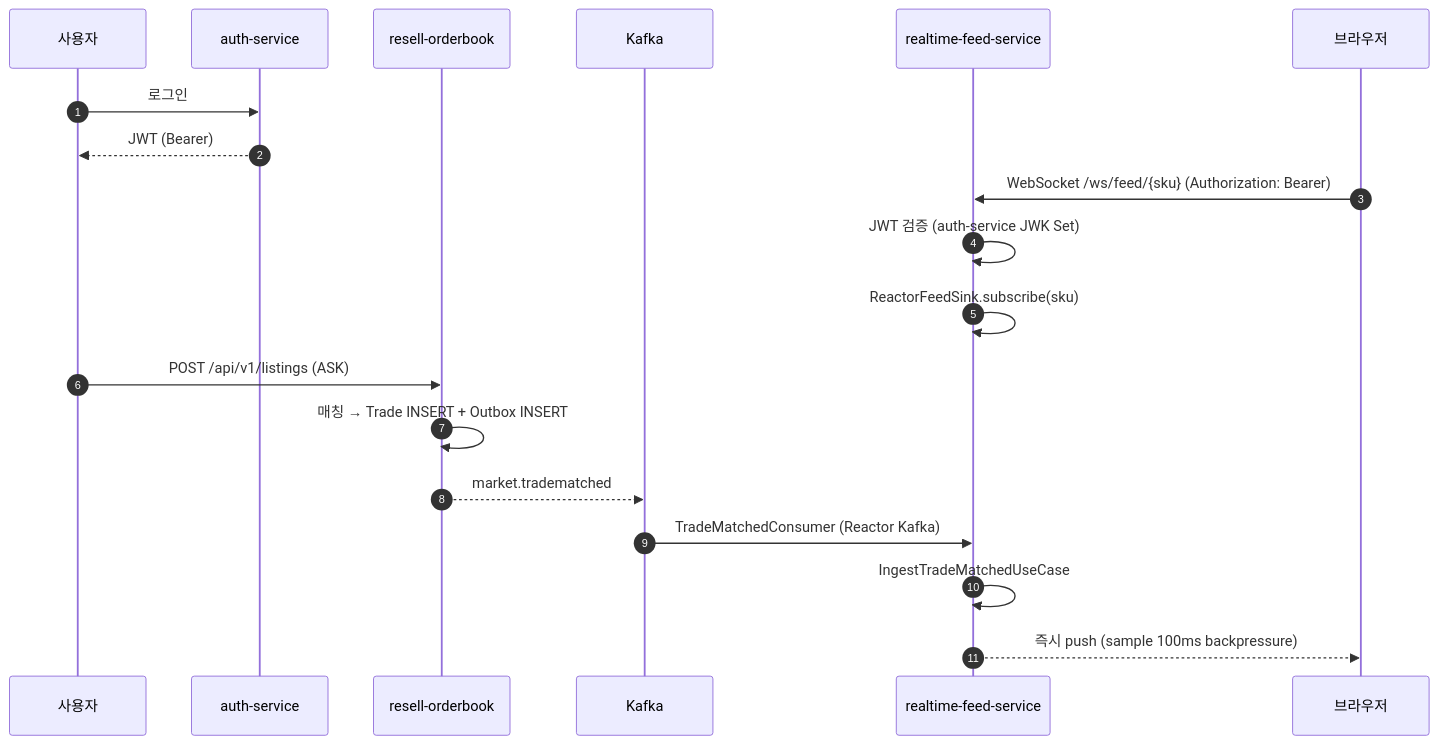
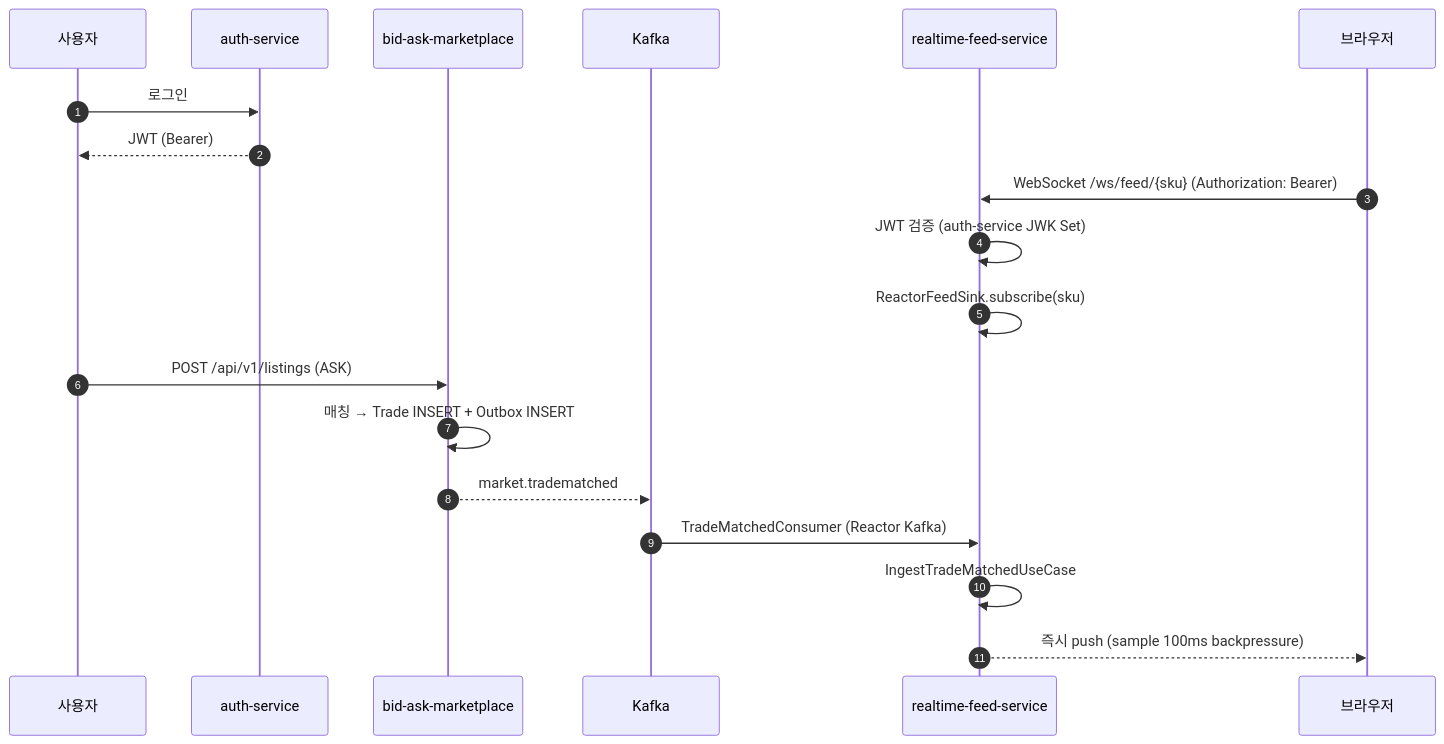
One commit to ssa1004/realtime-feed-service changed the third of 3 diagrams in README.md. Above: the diagram before and after it, drawn with Mermaid. The commit also changed other lines of this file and 3 other files, not shown here.

First line of the commit message:
docs: portfolio cross-reference resell-orderbook → bid-ask-marketplace

````diff
--- a/README.md
+++ b/README.md
@@ -265,25 +265,25 @@
 ```mermaid
 sequenceDiagram
     autonumber
     participant U as 사용자
     participant Auth as auth-service
-    participant RB as resell-orderbook
+    participant RB as bid-ask-marketplace
     participant K as Kafka
     participant Feed as realtime-feed-service
     participant Browser as 브라우저
 
     U->>Auth: 로그인
     Auth-->>U: JWT (Bearer)
 
     Browser->>Feed: WebSocket /ws/feed/{sku} (Authorization: Bearer)
     Feed->>Feed: JWT 검증 (auth-service JWK Set)
     Feed->>Feed: ReactorFeedSink.subscribe(sku)
 
     U->>RB: POST /api/v1/listings (ASK)
     RB->>RB: 매칭 → Trade INSERT + Outbox INSERT
     RB-->>K: market.tradematched
 
     K->>Feed: TradeMatchedConsumer (Reactor Kafka)
     Feed->>Feed: IngestTradeMatchedUseCase
     Feed-->>Browser: 즉시 push (sample 100ms backpressure)
 ```
````
